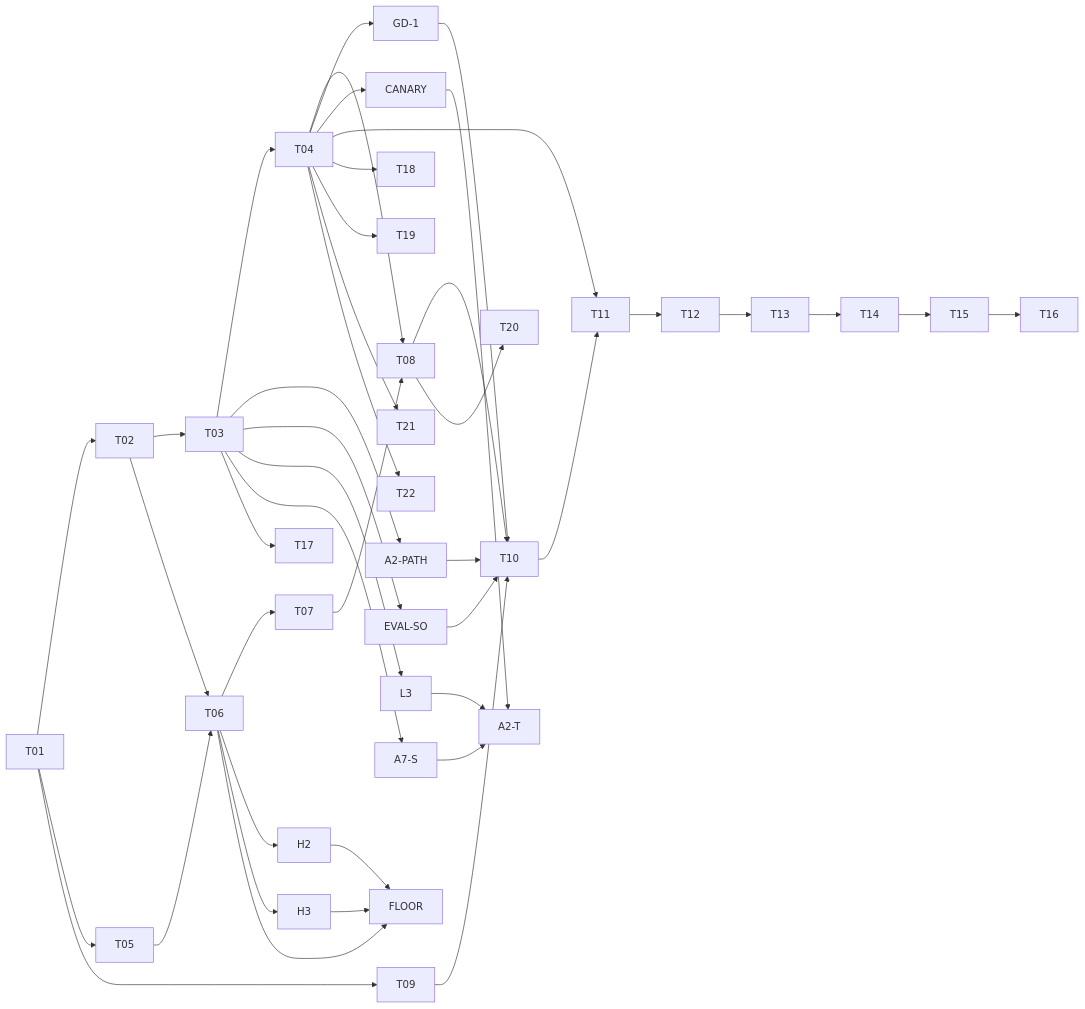
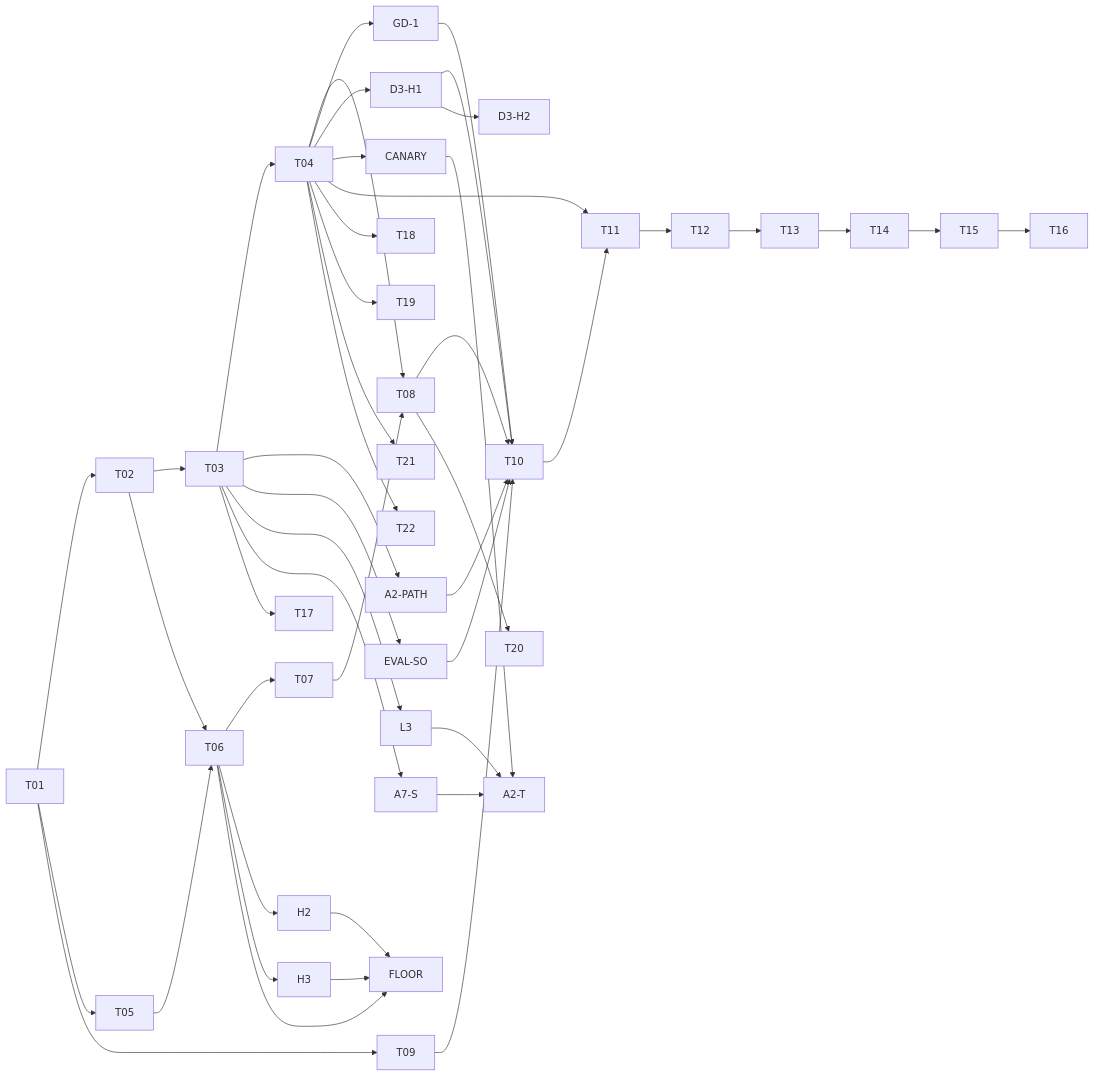
Before and after one commit to Zero-State-LLC/BlackDog: the diagram in specs/001-faustcoder/tasks.md, drawn with Mermaid. The commit also changed other lines of this file and 17 other files, not shown here.

````diff
--- a/specs/001-faustcoder/tasks.md
+++ b/specs/001-faustcoder/tasks.md
@@ -228,26 +253,28 @@
 ```mermaid
 graph LR
     T01 --> T02 --> T03 --> T04
     T01 --> T05 --> T06
     T02 --> T06 --> T07 --> T08
     T04 --> T08
     T01 --> T09
     T08 --> T10
     T09 --> T10 --> T11
     T04 --> GD1["GD-1"] --> T10
+    T04 --> D3H1["D3-H1"] --> T10
+    D3H1 --> D3H2["D3-H2"]
     T03 --> A2PATH["A2-PATH"] --> T10
     T03 --> EVALSO["EVAL-SO"] --> T10
     T03 --> L3 --> A2T["A2-T"]
     T03 --> A7S["A7-S"] --> A2T
     T04 --> CANARY --> A2T
     T06 --> H2 --> FLOOR
     T06 --> H3 --> FLOOR
     T06 --> FLOOR
     T04 --> T11 --> T12 --> T13 --> T14 --> T15 --> T16
     T03 --> T17
     T04 --> T18
     T04 --> T19
     T08 --> T20
     T04 --> T21
     T04 --> T22
 ```
````
